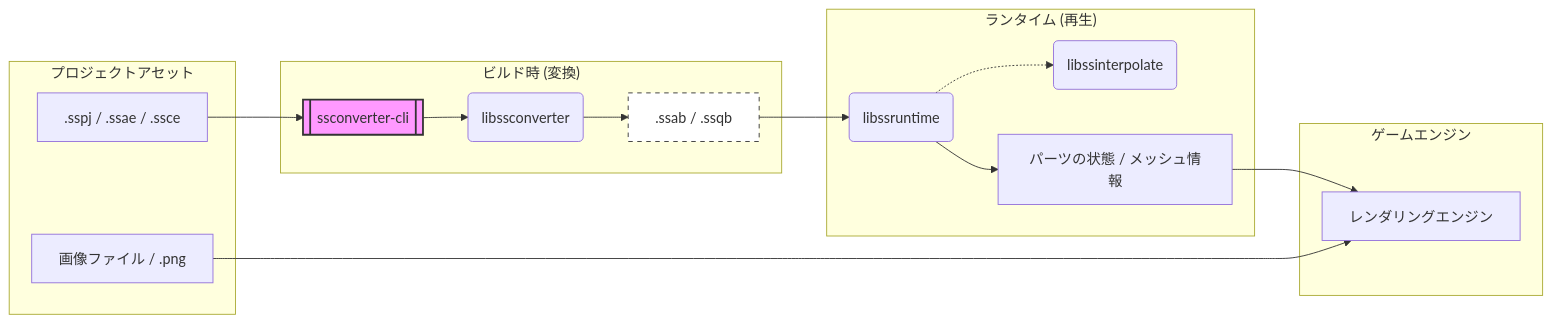
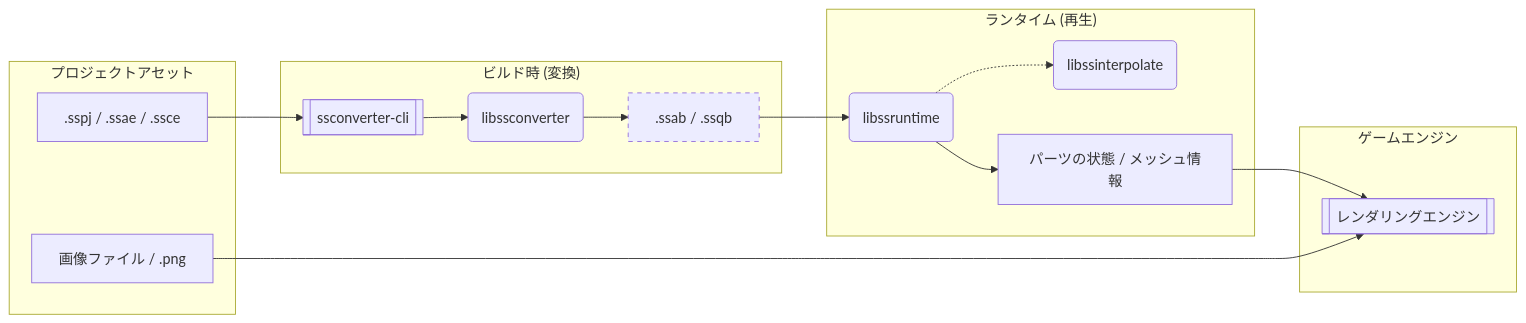
Before and after one commit to cri-middleware/SpriteStudio-SDK: the diagram in README.ja.md, drawn with Mermaid. The commit also changed other lines of this file and 4 other files, not shown here.

````diff
--- a/README.ja.md
+++ b/README.ja.md
@@ -12,29 +17,29 @@
 ```mermaid
 graph LR
     subgraph Assets ["プロジェクトアセット"]
-        SS[".sspj / .ssae / .ssce"]
-        IMG["画像ファイル / .png"]
+        SS[" .sspj / .ssae / .ssce "]
+        IMG[" 画像ファイル / .png "]
     end
 
     subgraph Conversion ["ビルド時 (変換)"]
-        CLI[["ssconverter-cli"]]
-        CONV("libssconverter")
+        CLI[[" ssconverter-cli "]]
+        CONV(" libssconverter ")
         SS --> CLI
         CLI --> CONV
-        CONV --> BIN[".ssab / .ssqb"]
+        CONV --> BIN[" .ssab / .ssqb "]
     end
 
     subgraph Runtime ["ランタイム (再生)"]
-        BIN --> RT("libssruntime")
-        RT -.-> INT("libssinterpolate")
-        RT --> STATE["パーツの状態 / メッシュ情報"]
+        BIN --> RT(" libssruntime ")
+        RT -.-> INT(" libssinterpolate ")
+        RT --> STATE[" パーツの状態 / メッシュ情報 "]
     end
 
     subgraph Engine ["ゲームエンジン"]
-        STATE --> REND["レンダリングエンジン"]
+        STATE --> REND[[" レンダリングエンジン "]]
         IMG --> REND
     end
 
-    style CLI fill:#f9f,stroke:#333,stroke-width:2px
-    style BIN fill:#fff,stroke:#333,stroke-dasharray: 5 5
+    classDef generated stroke-dasharray: 5 5;
+    class BIN generated;
 ```
````
